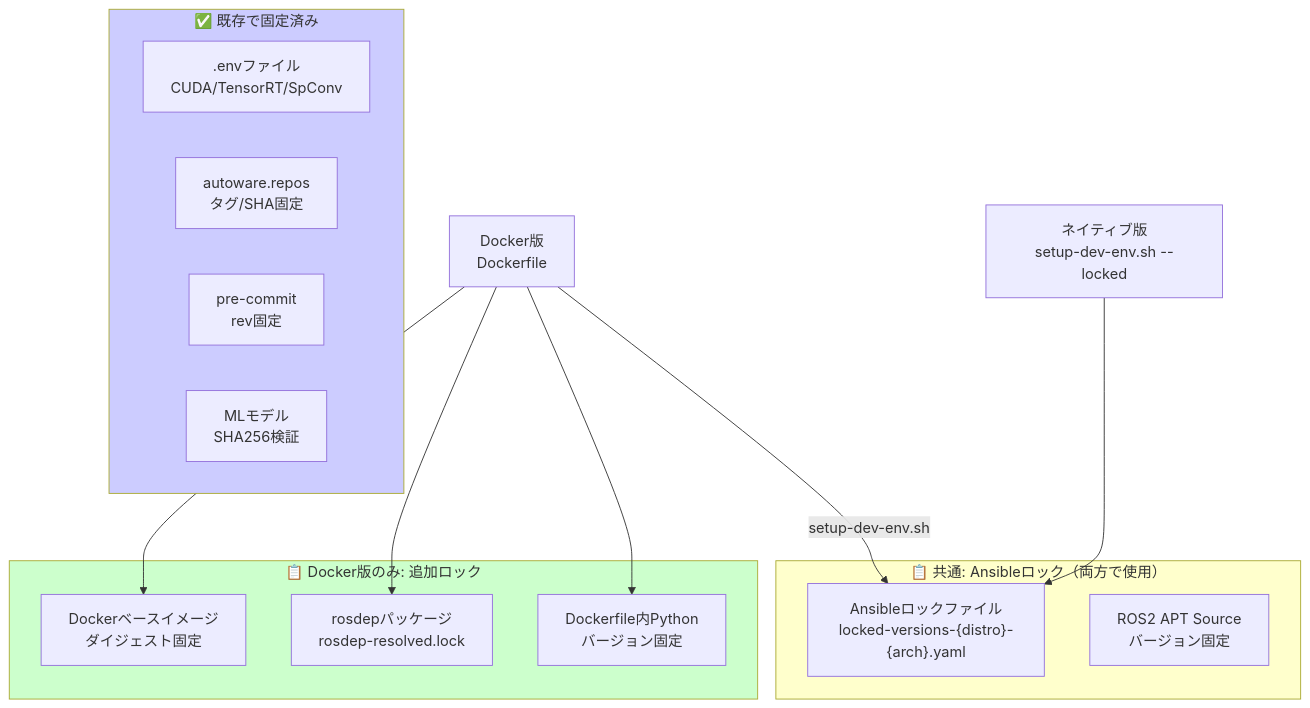
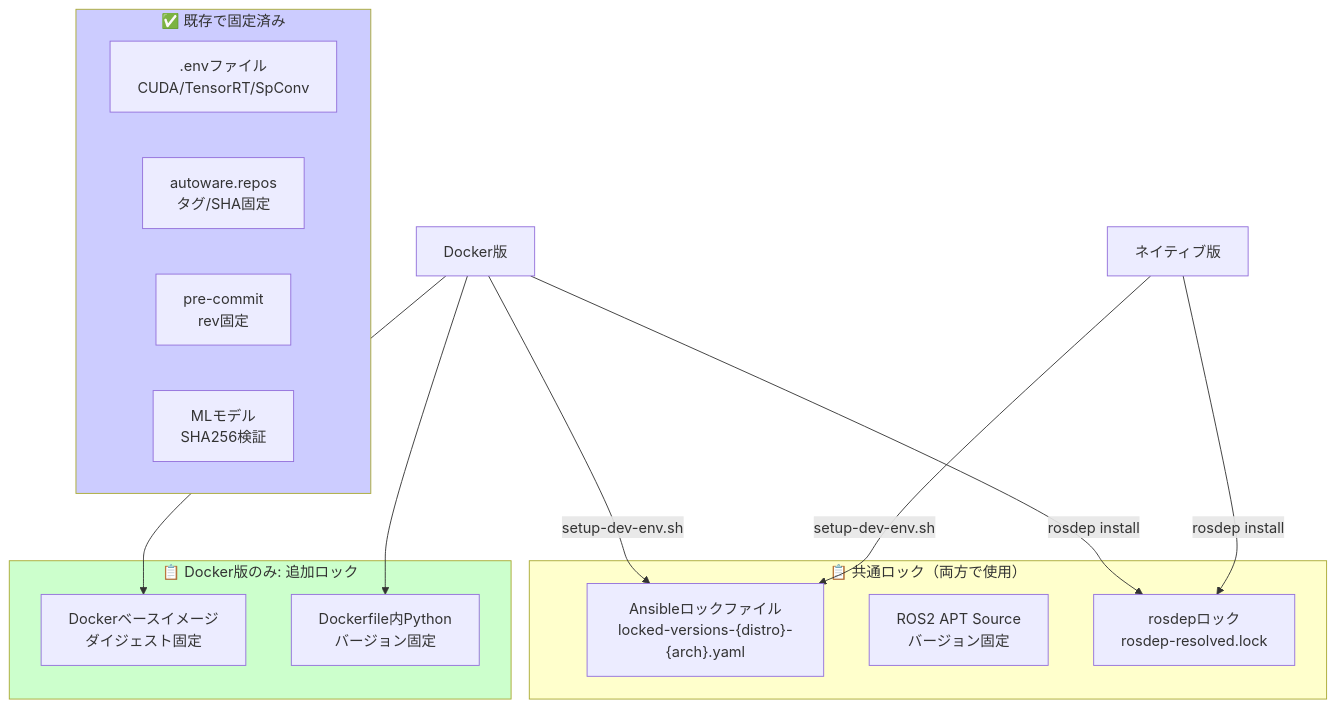
Before and after one commit to youtalk/autoware: the diagram in docs/design/dependency-pinning-plan.md, drawn with Mermaid. The commit also changed other lines of this file and 2 other files, not shown here.

First line of the commit message:
docs(design): unify rosdep lock between Docker and native setups

````diff
--- a/docs/design/dependency-pinning-plan.md
+++ b/docs/design/dependency-pinning-plan.md
@@ -25,30 +25,31 @@
 ```mermaid
 flowchart TB
     subgraph existing["✅ 既存で固定済み"]
         ENV[".envファイル<br/>CUDA/TensorRT/SpConv"]
         REPOS["autoware.repos<br/>タグ/SHA固定"]
         PRECOMMIT["pre-commit<br/>rev固定"]
         ARTIFACTS["MLモデル<br/>SHA256検証"]
     end
 
-    subgraph common["📋 共通: Ansibleロック（両方で使用）"]
+    subgraph common["📋 共通ロック（両方で使用）"]
         ANSIBLE["Ansibleロックファイル<br/>locked-versions-{distro}-{arch}.yaml"]
         ROS_APT["ROS2 APT Source<br/>バージョン固定"]
+        ROSDEP["rosdepロック<br/>rosdep-resolved.lock"]
     end
 
     subgraph docker_only["📋 Docker版のみ: 追加ロック"]
         BASE["Dockerベースイメージ<br/>ダイジェスト固定"]
-        ROSDEP["rosdepパッケージ<br/>rosdep-resolved.lock"]
         DOCKER_PIP["Dockerfile内Python<br/>バージョン固定"]
     end
 
-    NATIVE["ネイティブ版<br/>setup-dev-env.sh --locked"] --> ANSIBLE
-    DOCKER["Docker版<br/>Dockerfile"] --> |setup-dev-env.sh| ANSIBLE
-    DOCKER --> ROSDEP
+    NATIVE["ネイティブ版"] --> |setup-dev-env.sh| ANSIBLE
+    NATIVE --> |rosdep install| ROSDEP
+    DOCKER["Docker版"] --> |setup-dev-env.sh| ANSIBLE
+    DOCKER --> |rosdep install| ROSDEP
     DOCKER --> BASE
     DOCKER --> DOCKER_PIP
 
     style existing fill:#ccccff
     style common fill:#ffffcc
     style docker_only fill:#ccffcc
 ```
````
